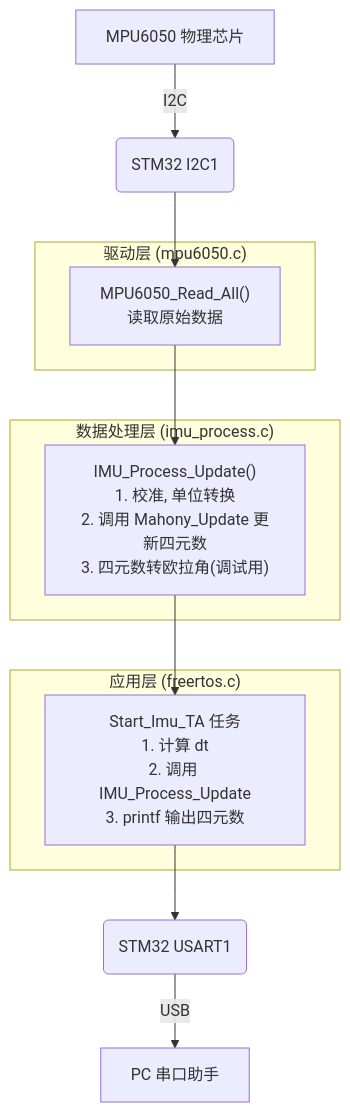
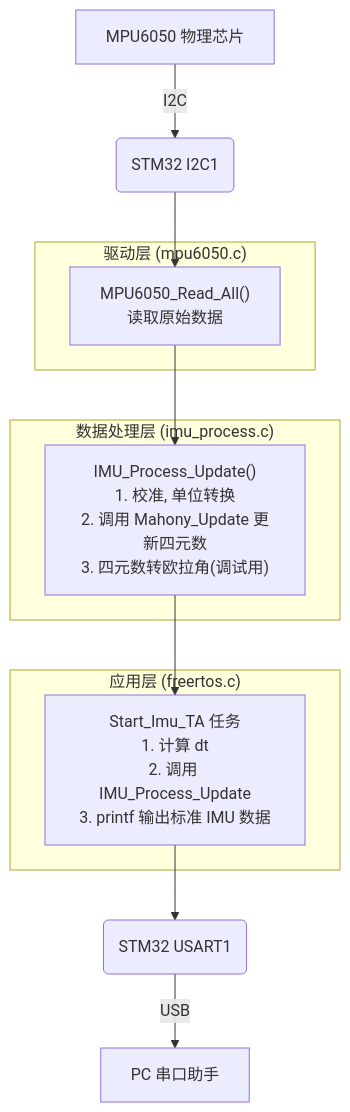
Before and after one commit to lin-forest/STM32_Now: the diagram in 6_Mpu6050/6_Mpu6050_t1/docs/doc.md, drawn with Mermaid. The commit also changed other lines of this file and 3 other files, not shown here.

````diff
--- a/6_Mpu6050/6_Mpu6050_t1/docs/doc.md
+++ b/6_Mpu6050/6_Mpu6050_t1/docs/doc.md
@@ -88,23 +88,23 @@
 ```mermaid
 graph TD
     A[MPU6050 物理芯片] -- I2C --> B(STM32 I2C1);
     
     subgraph "驱动层 (mpu6050.c)"
         C["MPU6050_Read_All()<br>读取原始数据"];
     end
 
     subgraph "数据处理层 (imu_process.c)"
         D["IMU_Process_Update()<br>1. 校准, 单位转换<br>2. 调用 Mahony_Update 更新四元数<br>3. 四元数转欧拉角(调试用)"];
     end
 
     subgraph "应用层 (freertos.c)"
-        E["Start_Imu_TA 任务<br>1. 计算 dt<br>2. 调用 IMU_Process_Update<br>3. printf 输出四元数"];
+        E["Start_Imu_TA 任务<br>1. 计算 dt<br>2. 调用 IMU_Process_Update<br>3. printf 输出标准 IMU 数据"];
     end
 
     F(STM32 USART1) -- USB --> G[PC 串口助手];
 
     B --> C;
     C --> D;
     D --> E;
     E --> F;
 ```
````
